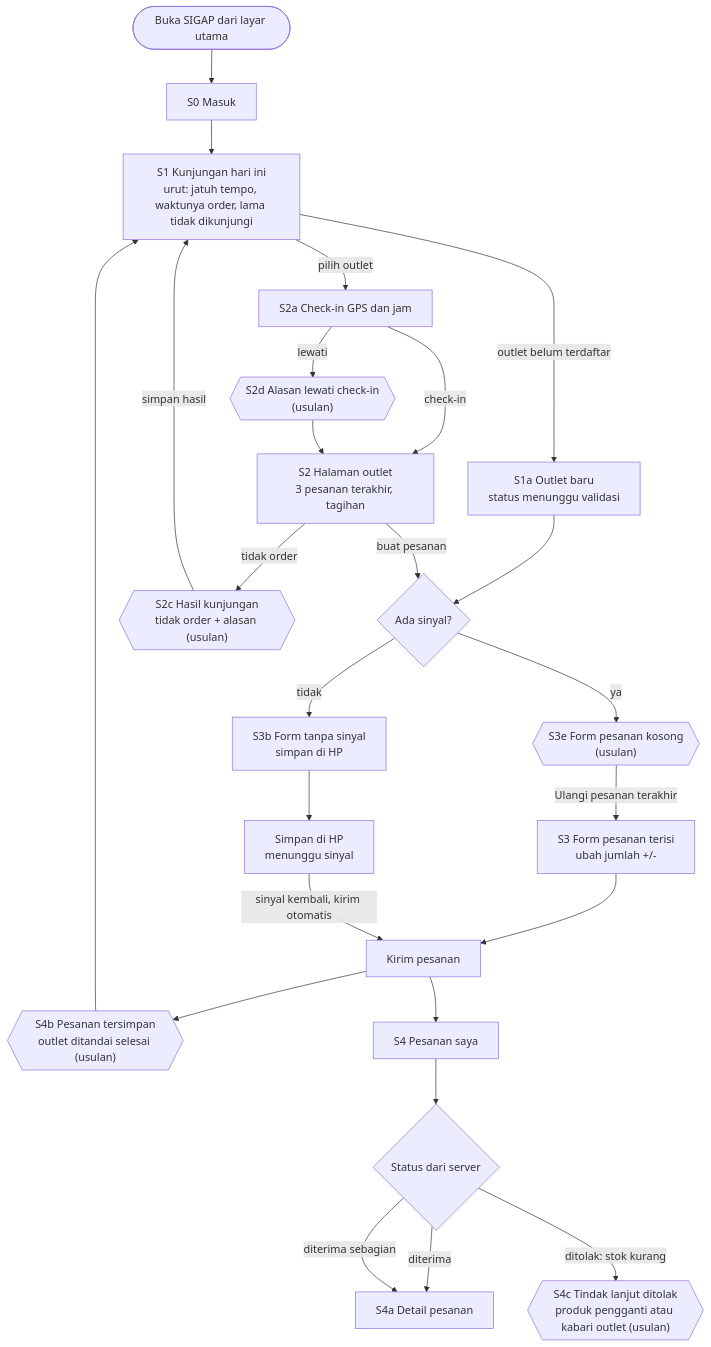
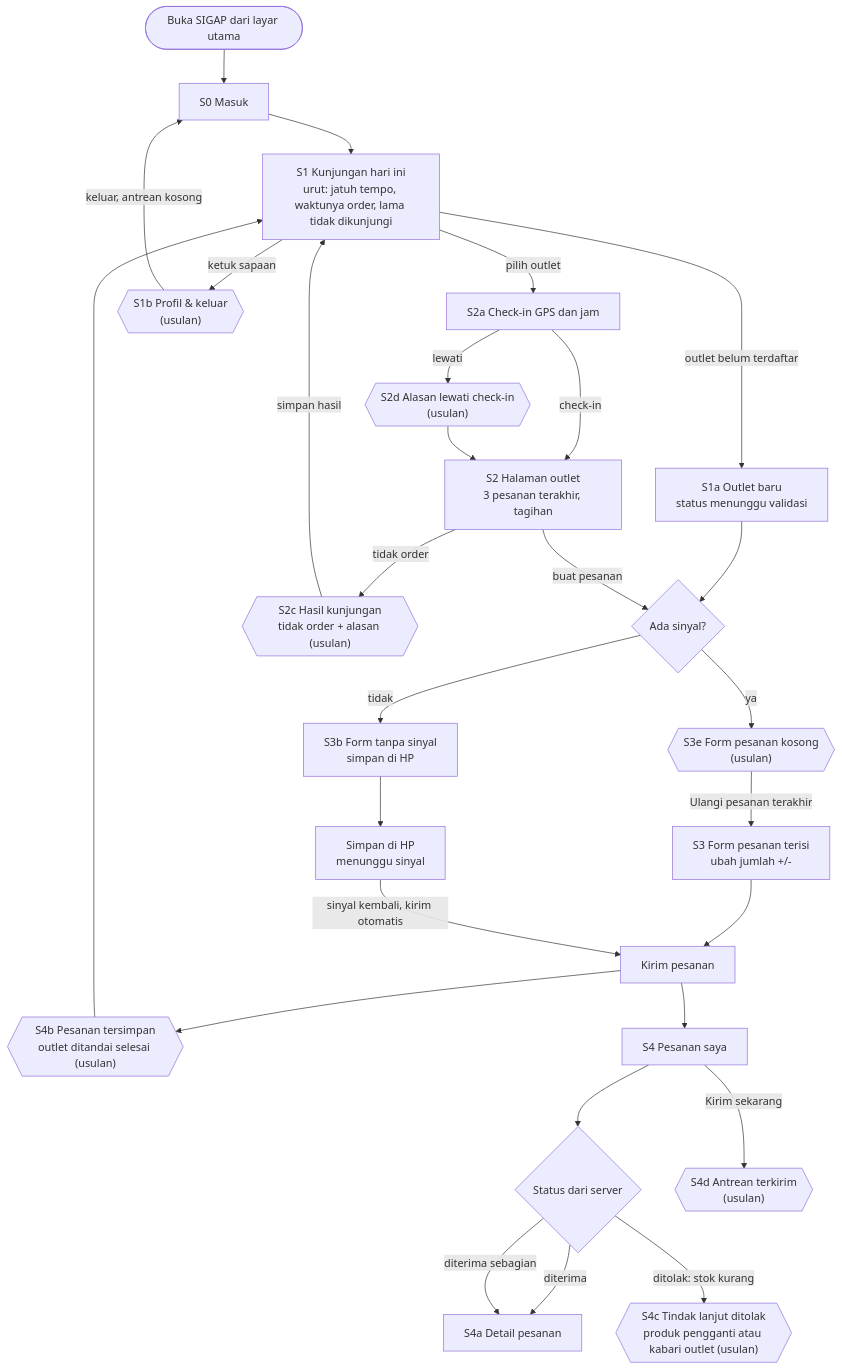
Before and after one commit to glayOne23/drpps_hackathon_2026: the first of 5 diagrams in proyek/arb-02/user-flow.md, drawn with Mermaid. The commit also changed other lines of this file and 1 other file, not shown here.

Commit message:
[feature] figma: ulangi di S3b, S4d antrean terkirim, S1b profil, tautan outlet

````diff
--- a/proyek/arb-02/user-flow.md
+++ b/proyek/arb-02/user-flow.md
@@ -9,26 +9,29 @@
 ```mermaid
 flowchart TD
     A([Buka SIGAP dari layar utama]) --> B[S0 Masuk]
     B --> C[S1 Kunjungan hari ini<br/>urut: jatuh tempo, waktunya order, lama tidak dikunjungi]
     C -->|pilih outlet| D[S2a Check-in GPS dan jam]
     C -->|outlet belum terdaftar| N[S1a Outlet baru<br/>status menunggu validasi]
+    C -->|ketuk sapaan| P{{"S1b Profil & keluar<br/>(usulan)"}}
+    P -->|keluar, antrean kosong| B
     N --> F
     D -->|check-in| E[S2 Halaman outlet<br/>3 pesanan terakhir, tagihan]
     D -->|lewati| D2{{"S2d Alasan lewati check-in<br/>(usulan)"}}
     D2 --> E
     E -->|buat pesanan| F{Ada sinyal?}
     E -->|tidak order| H{{"S2c Hasil kunjungan<br/>tidak order + alasan (usulan)"}}
     F -->|ya| G0{{"S3e Form pesanan kosong<br/>(usulan)"}}
     G0 -->|Ulangi pesanan terakhir| G[S3 Form pesanan terisi<br/>ubah jumlah +/-]
     F -->|tidak| G2[S3b Form tanpa sinyal<br/>simpan di HP]
     G --> K[Kirim pesanan]
     G2 --> K2[Simpan di HP<br/>menunggu sinyal] -->|sinyal kembali, kirim otomatis| K
     K --> L{{"S4b Pesanan tersimpan<br/>outlet ditandai selesai (usulan)"}}
     H -->|simpan hasil| C
     L --> C
     K --> M[S4 Pesanan saya]
     M --> M1{Status dari server}
     M1 -->|diterima| M2[S4a Detail pesanan]
     M1 -->|diterima sebagian| M2
     M1 -->|ditolak: stok kurang| M3{{"S4c Tindak lanjut ditolak<br/>produk pengganti atau kabari outlet (usulan)"}}
+    M -->|Kirim sekarang| M4{{"S4d Antrean terkirim<br/>(usulan)"}}
 ```
````
